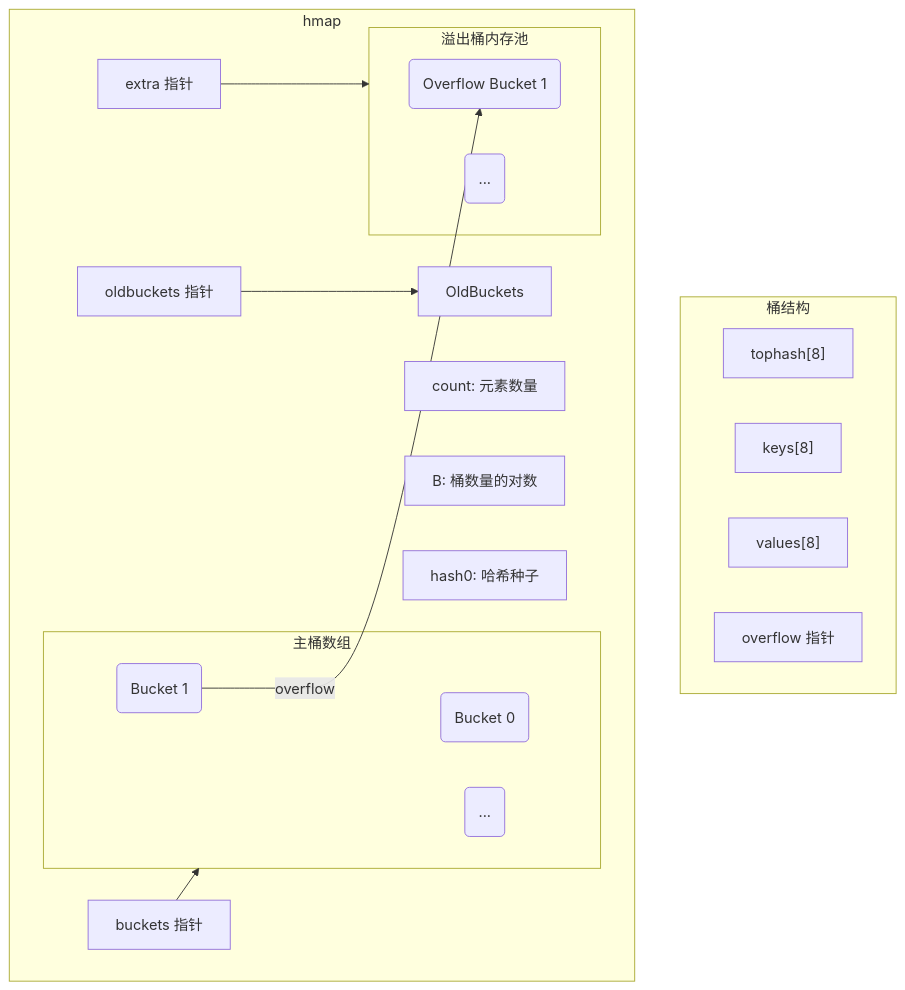
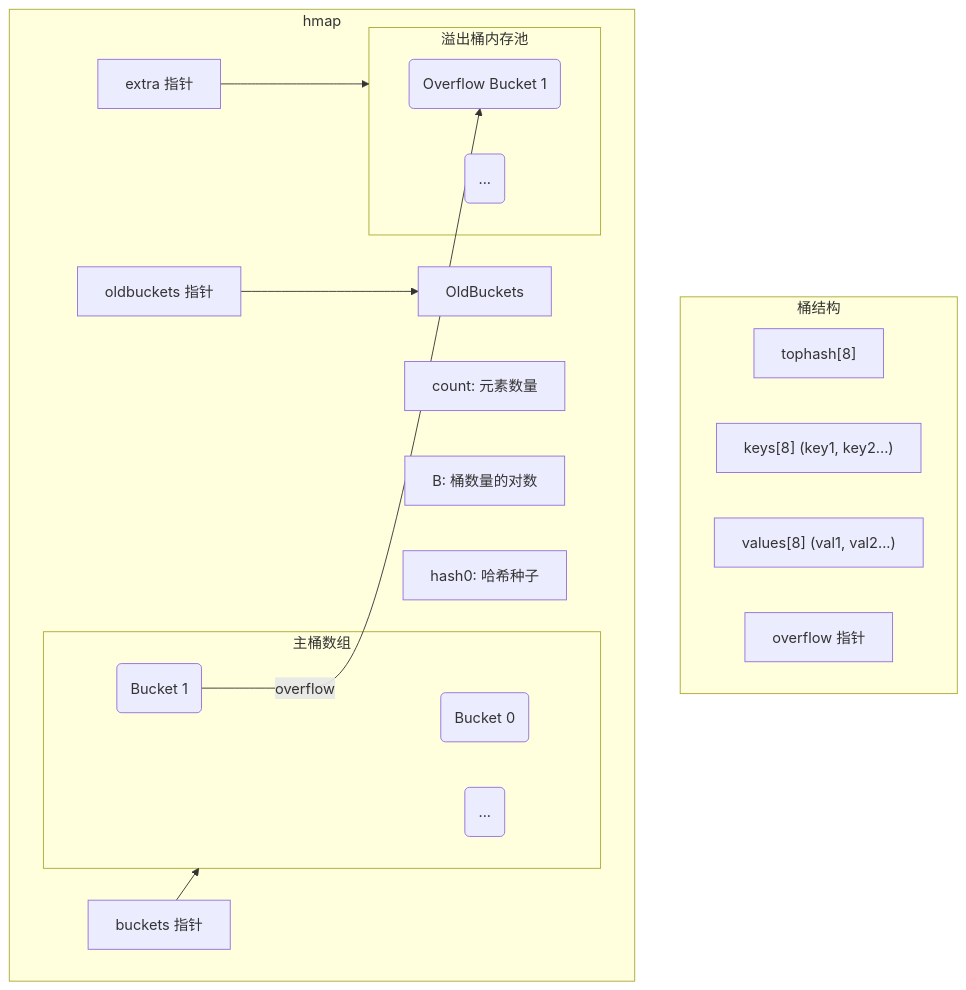
The first of 4 diagrams in map_noswiss.md (ccyyhlg/go_intro), drawn with Mermaid before and after one commit. The commit also changed other lines of this file and 2 other files, not shown here.

````diff
--- a/map_noswiss.md
+++ b/map_noswiss.md
@@ -27,31 +27,31 @@
 ```mermaid
 graph TD
     subgraph hmap
         count[count: 元素数量]
         B[B: 桶数量的对数]
         hash0[hash0: 哈希种子]
         buckets[buckets 指针] --> MainBuckets
         oldbuckets[oldbuckets 指针] --> OldBuckets
         extra[extra 指针] --> OverflowPool
     end
 
     subgraph MainBuckets [主桶数组]
         B0(Bucket 0)
         B1(Bucket 1)
         B2(...)
     end
 
     subgraph bmap [桶结构]
         tophash["tophash[8]"]
-        keys["keys[8]"]
-        values["values[8]"]
+        keys["keys[8] (key1, key2...)"]
+        values["values[8] (val1, val2...)"]
         overflow["overflow 指针"]
     end
 
     subgraph OverflowPool [溢出桶内存池]
         O1(Overflow Bucket 1)
         O2(...)
     end
 
     B1 -- overflow --> O1
 ```
````
